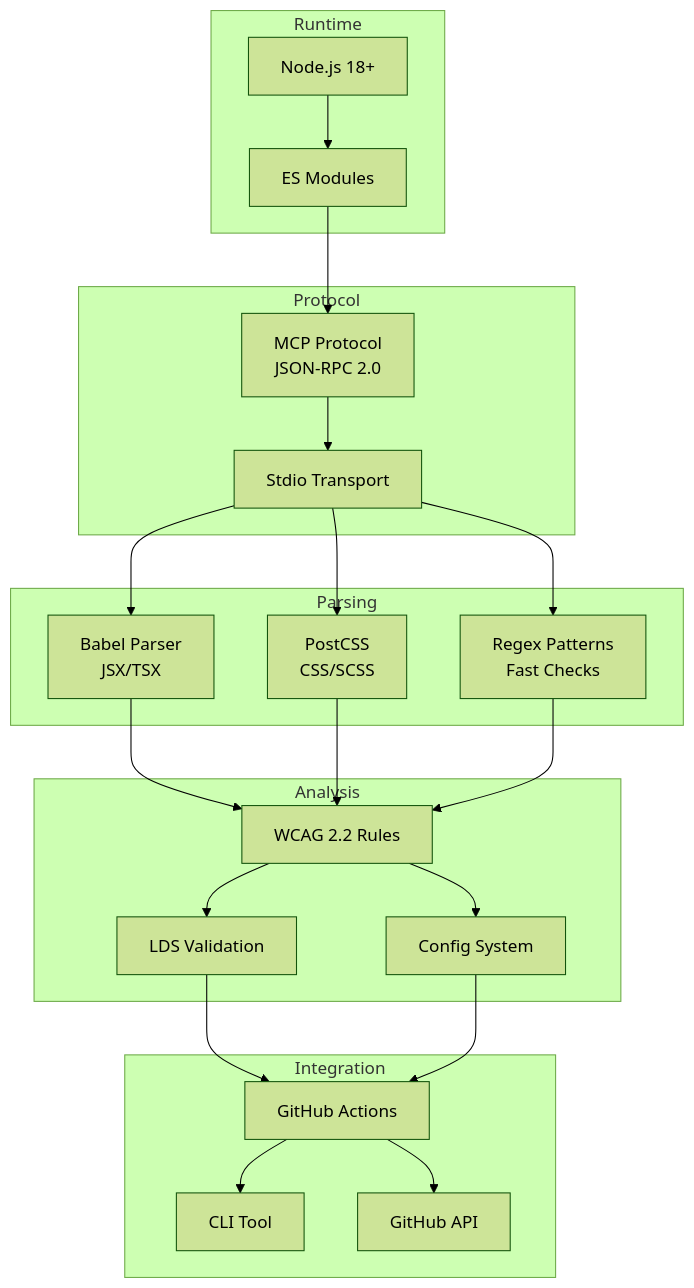
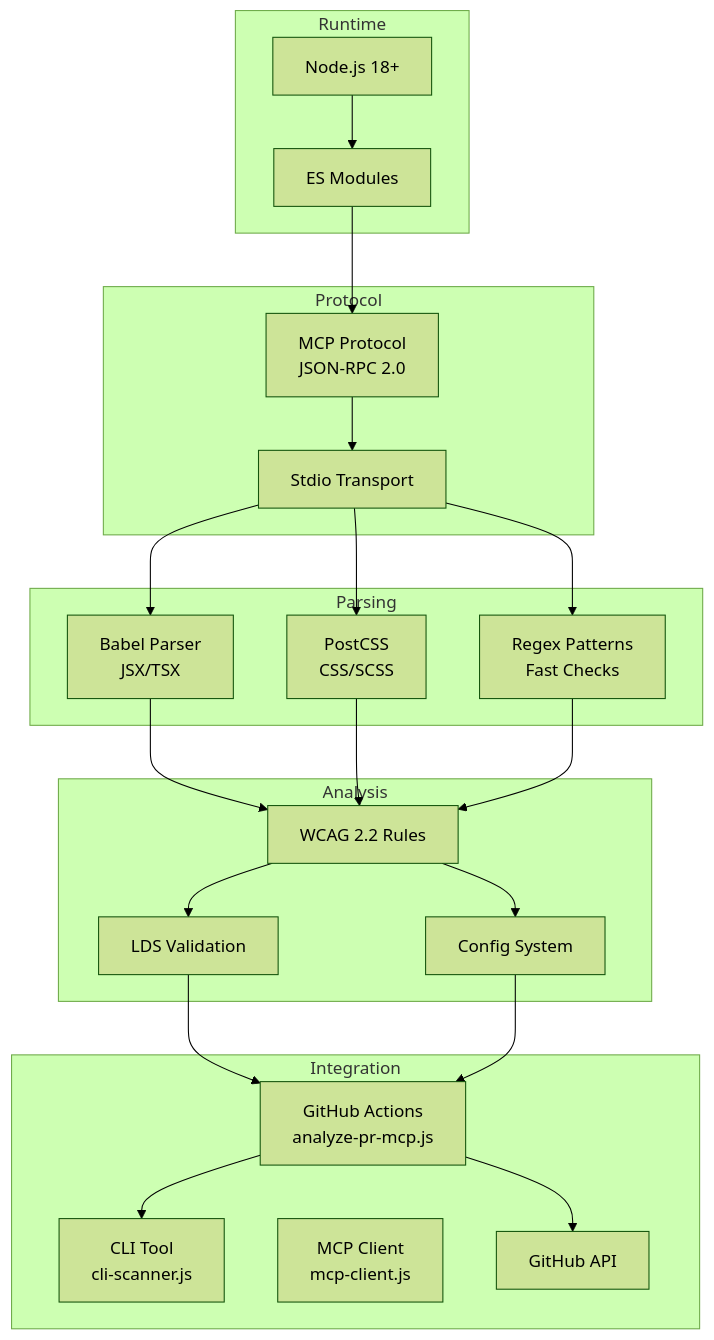
Before and after one commit to Berucha/a11y-mcp: the fifth of 5 diagrams in docs/architecture/ARCHITECTURE.md, drawn with Mermaid (forest theme). The commit also changed other lines of this file and 1 other file, not shown here.

First line of the commit message:
docs: update architecture diagrams and descriptions for clarity

````diff
--- a/docs/architecture/ARCHITECTURE.md
+++ b/docs/architecture/ARCHITECTURE.md
@@ -199,46 +196,47 @@
 ```mermaid
 graph TB
     subgraph "Runtime"
         Node[Node.js 18+]
         ESModules[ES Modules]
     end
     
     subgraph "Protocol"
         MCP[MCP Protocol<br/>JSON-RPC 2.0]
         Stdio[Stdio Transport]
     end
     
     subgraph "Parsing"
+        Regex[Regex Patterns<br/>Fast Checks]
         Babel[Babel Parser<br/>JSX/TSX]
         PostCSS[PostCSS<br/>CSS/SCSS]
-        Regex[Regex Patterns<br/>Fast Checks]
     end
     
     subgraph "Analysis"
         WCAG[WCAG 2.2 Rules]
         LDS[LDS Validation]
         Config[Config System]
     end
     
     subgraph "Integration"
-        GitHub[GitHub Actions]
-        CLI[CLI Tool]
+        GitHub[GitHub Actions<br/>analyze-pr-mcp.js]
+        CLI[CLI Tool<br/>cli-scanner.js]
+        MCPClient[MCP Client<br/>mcp-client.js]
         API[GitHub API]
     end
     
     Node --> ESModules
     ESModules --> MCP
     MCP --> Stdio
     Stdio --> Babel
     Stdio --> PostCSS
     Stdio --> Regex
     Babel --> WCAG
     PostCSS --> WCAG
     Regex --> WCAG
     WCAG --> LDS
     WCAG --> Config
     LDS --> GitHub
     Config --> GitHub
     GitHub --> API
     GitHub --> CLI
 ```
````
